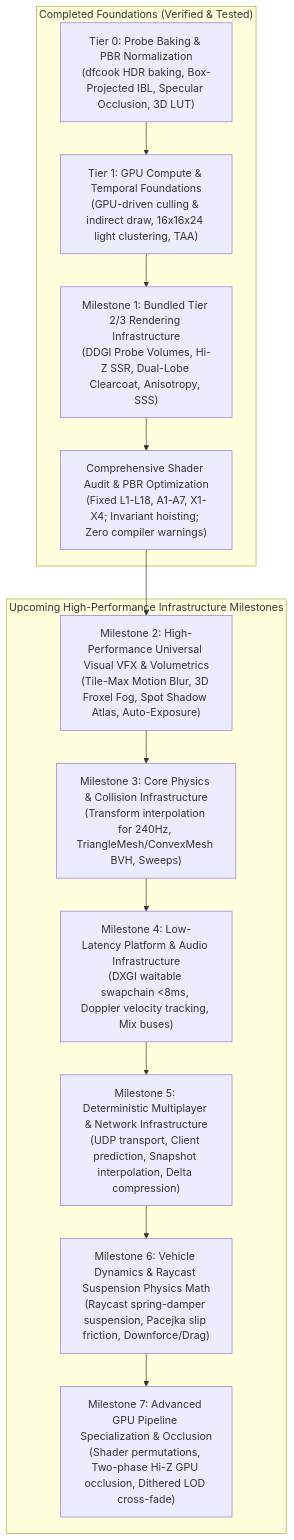
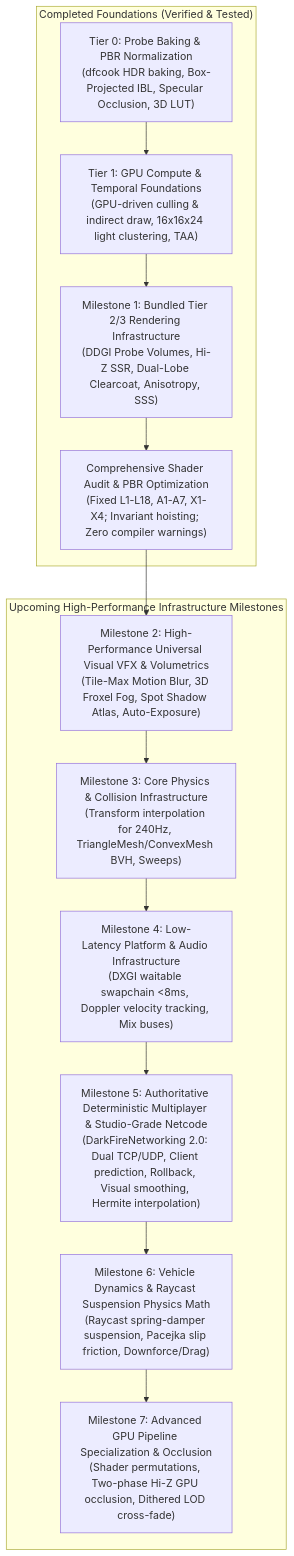
One commit to Omar0Gamal/DarkFire changed the first of 3 diagrams in RENDERING_ROADMAP.md. Above: the diagram before and after it, drawn with Mermaid. The commit also changed other lines of this file, not shown here.

Commit message:
docs: upgrade Milestone 5 in RENDERING_ROADMAP.md with DarkFireNetworking 2.0 architecture and studio netcode specifications

````diff
--- a/RENDERING_ROADMAP.md
+++ b/RENDERING_ROADMAP.md
@@ -17,28 +17,28 @@
 ```mermaid
 flowchart TD
     subgraph CompletedFoundations["Completed Foundations (Verified & Tested)"]
         Tier0["Tier 0: Probe Baking & PBR Normalization\n(dfcook HDR baking, Box-Projected IBL, Specular Occlusion, 3D LUT)"]
         Tier1["Tier 1: GPU Compute & Temporal Foundations\n(GPU-driven culling & indirect draw, 16x16x24 light clustering, TAA)"]
         Milestone1["Milestone 1: Bundled Tier 2/3 Rendering Infrastructure\n(DDGI Probe Volumes, Hi-Z SSR, Dual-Lobe Clearcoat, Anisotropy, SSS)"]
         AuditMilestone["Comprehensive Shader Audit & PBR Optimization\n(Fixed L1-L18, A1-A7, X1-X4; Invariant hoisting; Zero compiler warnings)"]
     end
 
     subgraph ActiveAndUpcoming["Upcoming High-Performance Infrastructure Milestones"]
         Milestone2["Milestone 2: High-Performance Universal Visual VFX & Volumetrics\n(Tile-Max Motion Blur, 3D Froxel Fog, Spot Shadow Atlas, Auto-Exposure)"]
         Milestone3["Milestone 3: Core Physics & Collision Infrastructure\n(Transform interpolation for 240Hz, TriangleMesh/ConvexMesh BVH, Sweeps)"]
         Milestone4["Milestone 4: Low-Latency Platform & Audio Infrastructure\n(DXGI waitable swapchain <8ms, Doppler velocity tracking, Mix buses)"]
-        Milestone5["Milestone 5: Deterministic Multiplayer & Network Infrastructure\n(UDP transport, Client prediction, Snapshot interpolation, Delta compression)"]
+        Milestone5["Milestone 5: Authoritative Deterministic Multiplayer & Studio-Grade Netcode\n(DarkFireNetworking 2.0: Dual TCP/UDP, Client prediction, Rollback, Visual smoothing, Hermite interpolation)"]
         Milestone6["Milestone 6: Vehicle Dynamics & Raycast Suspension Physics Math\n(Raycast spring-damper suspension, Pacejka slip friction, Downforce/Drag)"]
         Milestone7["Milestone 7: Advanced GPU Pipeline Specialization & Occlusion\n(Shader permutations, Two-phase Hi-Z GPU occlusion, Dithered LOD cross-fade)"]
     end
 
     Tier0 --> Tier1
     Tier1 --> Milestone1
     Milestone1 --> AuditMilestone
     AuditMilestone --> Milestone2
     Milestone2 --> Milestone3
     Milestone3 --> Milestone4
     Milestone4 --> Milestone5
     Milestone5 --> Milestone6
     Milestone6 --> Milestone7
 ```
````
